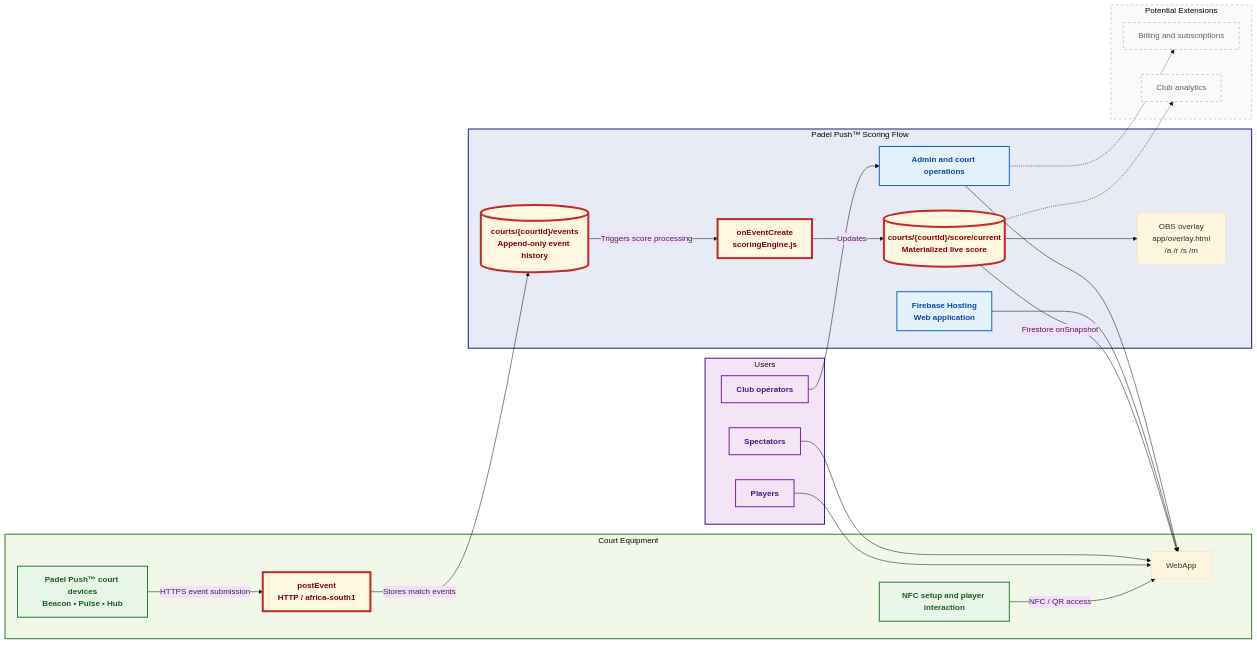
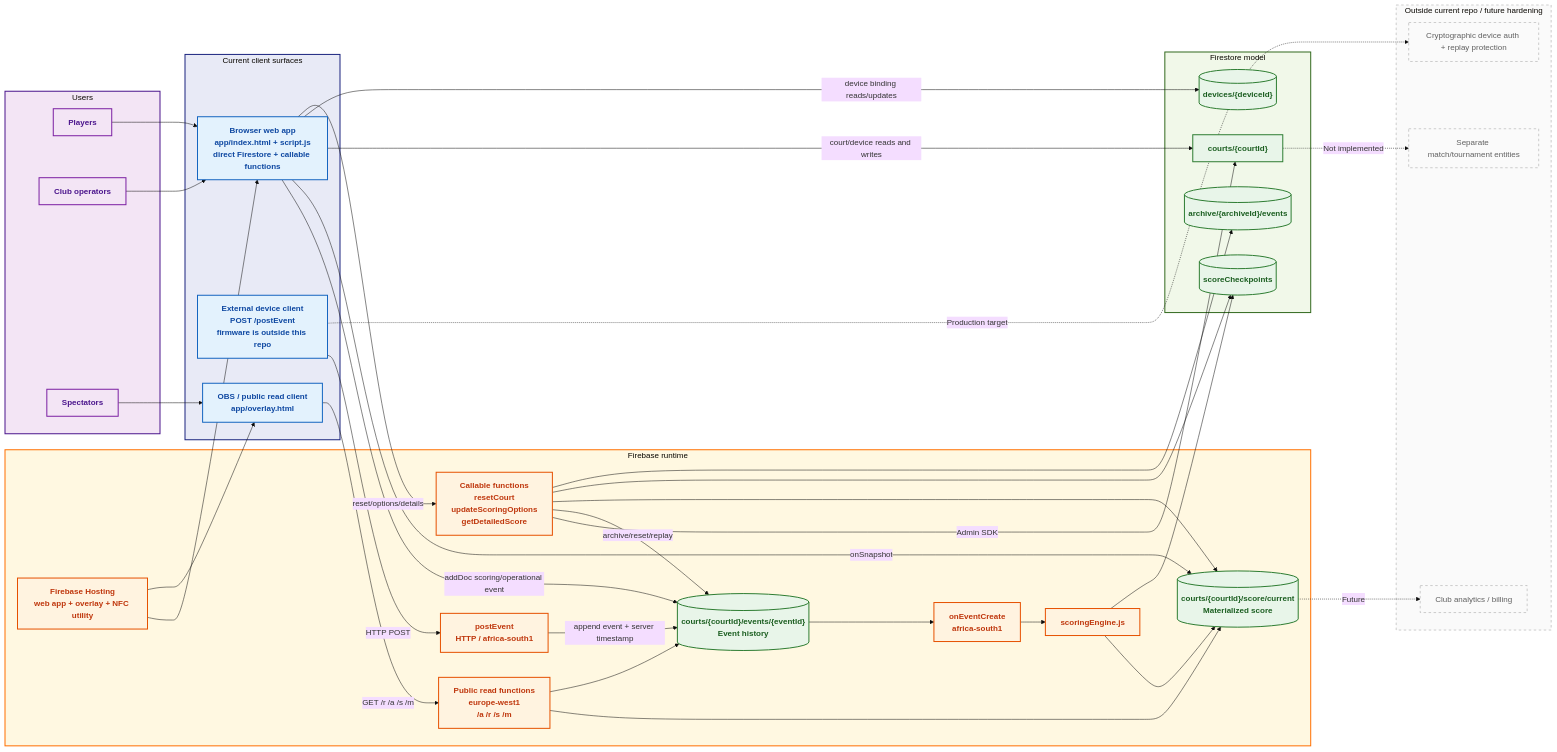
The diagram in docs/PP_Basic_Flow.mmd (creepyLANguy/PuntoPrototype), drawn with Mermaid before and after one commit. The commit also changed 8 other files, not shown here.

Commit message:
docs: align diagrams and API docs with current implementation

```diff
--- a/docs/PP_Basic_Flow.mmd
+++ b/docs/PP_Basic_Flow.mmd
@@ -1,65 +1,95 @@
 ---
 config:
     theme: base
 ---
 
 flowchart LR
 
-        classDef court fill:#E8F5E9,stroke:#2E7D32,stroke-width:2px,color:#1B5E20,font-weight:bold;
-        classDef platform fill:#E3F2FD,stroke:#1565C0,stroke-width:2px,color:#0D47A1,font-weight:bold;
-        classDef primary fill:#FFF8E1,stroke:#C62828,stroke-width:4px,color:#7F0000,font-weight:bold;
-        classDef user fill:#F3E5F5,stroke:#7B1FA2,stroke-width:2px,color:#4A148C,font-weight:bold;
-        classDef future fill:#FAFAFA,stroke:#9E9E9E,stroke-width:1px,stroke-dasharray:5 5,color:#616161;
-    subgraph COURT["Court Equipment"]
-        Devices["Padel Push™ court devices<br/>Beacon • Pulse • Hub"]
-        NFC["NFC setup and player interaction"]
-        Devices -->|"HTTPS event submission"| Ingestion
-        NFC -->|"NFC / QR access"| WebApp
+    classDef client fill:#E3F2FD,stroke:#1565C0,stroke-width:2px,color:#0D47A1,font-weight:bold;
+    classDef firebase fill:#FFF3E0,stroke:#E65100,stroke-width:2px,color:#BF360C,font-weight:bold;
+    classDef data fill:#E8F5E9,stroke:#2E7D32,stroke-width:2px,color:#1B5E20,font-weight:bold;
+    classDef user fill:#F3E5F5,stroke:#7B1FA2,stroke-width:2px,color:#4A148C,font-weight:bold;
+    classDef future fill:#FAFAFA,stroke:#9E9E9E,stroke-width:1px,stroke-dasharray:5 5,color:#616161;
+
+    subgraph CLIENTS["Current client surfaces"]
+        WebApp["Browser web app<br/>app/index.html + script.js<br/>direct Firestore + callable functions"]
+        Device["External device client<br/>POST /postEvent<br/>firmware is outside this repo"]
+        Overlay["OBS / public read client<br/>app/overlay.html"]
     end
 
-    subgraph PLATFORM["Padel Push™ Scoring Flow"]
-        Hosting["Firebase Hosting<br/>Web application"]
+    subgraph FIREBASE["Firebase runtime"]
+        Hosting["Firebase Hosting<br/>web app + overlay + NFC utility"]
         Ingestion["postEvent<br/>HTTP / africa-south1"]
-        Events[("courts/{courtId}/events<br/>Append-only event history")]
-        Scoring["onEventCreate<br/>scoringEngine.js"]
-        LiveState[("courts/{courtId}/score/current<br/>Materialized live score")]
-        Operations["Admin and court operations"]
-        Overlay["OBS overlay<br/>app/overlay.html<br/>/a /r /s /m"]
+        Events[("courts/{courtId}/events/{eventId}<br/>Event history")]
+        Trigger["onEventCreate<br/>africa-south1"]
+        Scoring["scoringEngine.js"]
+        LiveState[("courts/{courtId}/score/current<br/>Materialized score")]
+        Callable["Callable functions<br/>resetCourt<br/>updateScoringOptions<br/>getDetailedScore"]
+        PublicAPI["Public read functions<br/>europe-west1<br/>/a /r /s /m"]
+    end
+
+    subgraph DATA["Firestore model"]
+        Court["courts/{courtId}"]
+        Checkpoints[("scoreCheckpoints")]
+        Archives[("archive/{archiveId}/events")]
+        Devices[("devices/{deviceId}")]
     end
 
     subgraph USERS["Users"]
         Player["Players"]
         Club["Club operators"]
         Spectator["Spectators"]
     end
 
-    Ingestion -->|"Stores match events"| Events
-    Events -->|"Triggers score processing"| Scoring
-    Scoring -->|"Updates"| LiveState
-    LiveState -->|"Firestore onSnapshot"| WebApp
+    subgraph FUTURE["Outside current repo / future hardening"]
+        Hmac["Cryptographic device auth + replay protection"]
+        Match["Separate match/tournament entities"]
+        Analytics["Club analytics / billing"]
+    end
+
     Hosting --> WebApp
+    Hosting --> Overlay
 
     Player --> WebApp
-    Club --> Operations
-    Operations --> WebApp
-    Spectator --> WebApp
+    Club --> WebApp
+    Spectator --> Overlay
 
-    subgraph FUTURE["Potential Extensions"]
-        Billing["Billing and subscriptions"]
-        Analytics["Club analytics"]
-    end
+    WebApp -->|"addDoc scoring/operational event"| Events
+    WebApp -->|"onSnapshot"| LiveState
+    WebApp -->|"court/device reads and writes"| Court
+    WebApp -->|"device binding reads/updates"| Devices
+    WebApp -->|"reset/options/details"| Callable
 
-    LiveState --> Overlay
-    Operations -.-> Billing
-    LiveState -.-> Analytics
+    Device -->|"HTTP POST"| Ingestion
+    Ingestion -->|"append event + server timestamp"| Events
 
-    class Devices,NFC court
-    class Hosting,Ingestion,Events,Scoring,LiveState,Operations platform
+    Events --> Trigger
+    Trigger --> Scoring
+    Scoring --> LiveState
+    Scoring --> Checkpoints
+
+    Callable -->|"Admin SDK"| Court
+    Callable -->|"archive/reset/replay"| Events
+    Callable --> LiveState
+    Callable --> Checkpoints
+    Callable --> Archives
+
+    Overlay -->|"GET /r /a /s /m"| PublicAPI
+    PublicAPI --> LiveState
+    PublicAPI --> Events
+
+    Device -. "Production target" .-> Hmac
+    Court -. "Not implemented" .-> Match
+    LiveState -. "Future" .-> Analytics
+
+    class WebApp,Device,Overlay client
+    class Hosting,Ingestion,Trigger,Scoring,Callable,PublicAPI firebase
+    class Events,LiveState,Court,Checkpoints,Archives,Devices data
     class Player,Club,Spectator user
-    class Billing,Analytics future
-    class Ingestion,Events,Scoring,LiveState primary
+    class Hmac,Match,Analytics future
 
-    style COURT fill:#F1F8E9,stroke:#2E7D32,stroke-width:2px;
-    style PLATFORM fill:#E8EAF6,stroke:#1A237E,stroke-width:2px;
+    style CLIENTS fill:#E8EAF6,stroke:#1A237E,stroke-width:2px;
+    style FIREBASE fill:#FFF8E1,stroke:#FF6F00,stroke-width:2px;
+    style DATA fill:#F1F8E9,stroke:#33691E,stroke-width:2px;
     style USERS fill:#F3E5F5,stroke:#4A148C,stroke-width:2px;
     style FUTURE fill:#FAFAFA,stroke:#9E9E9E,stroke-dasharray:5 5;
```
